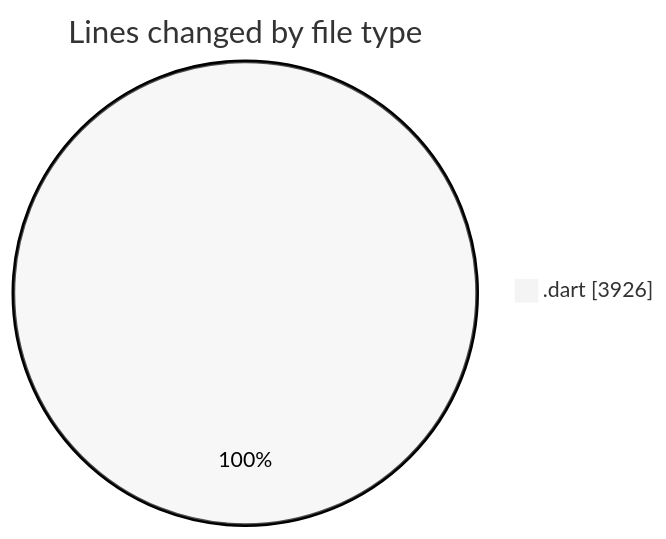
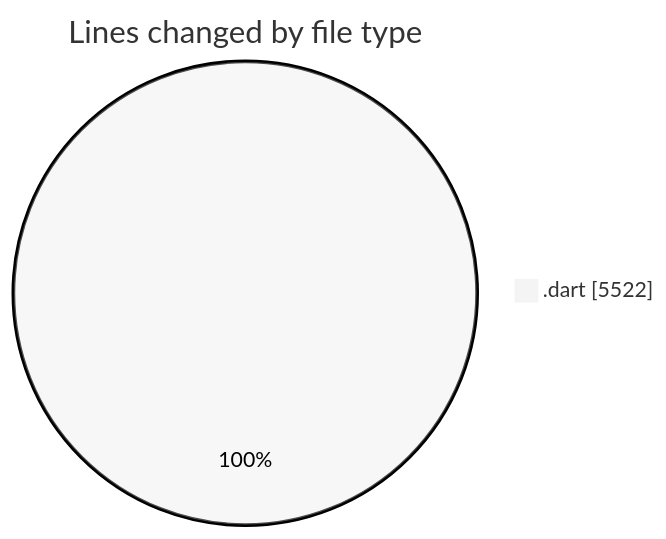
The first of 2 diagrams in 2025-08-25/studybuddy/README.md (lephambinh05/code-tracking), drawn with Mermaid (neutral theme) before and after one commit. The commit also changed other lines of this file and 1 other file, not shown here.

````diff
--- a/2025-08-25/studybuddy/README.md
+++ b/2025-08-25/studybuddy/README.md
@@ -24,5 +30,5 @@
 ```mermaid
 pie showData
 title Lines changed by file type
-".dart" : 3926
+".dart" : 5522
 ```
````
